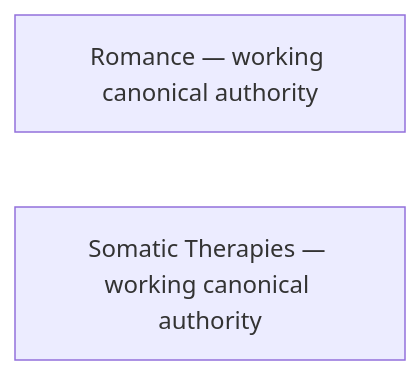
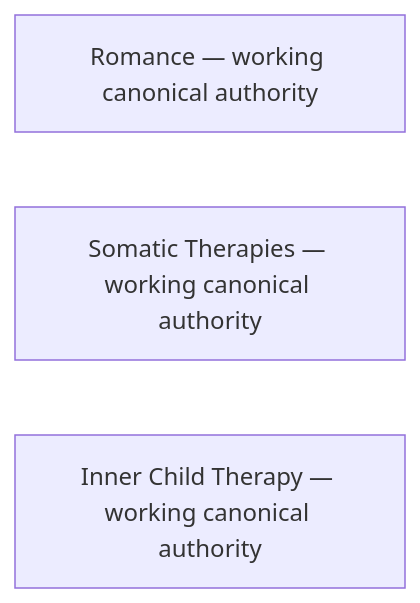
The diagram in ARTICLE-META-MAP.md (u-dont-existDOTcom/joel-articles), drawn with Mermaid before and after one commit. The commit also changed other lines of this file and 477 other files, not shown here.

First line of the commit message:
Register Inner Child Therapy from updated Substack source

````diff
--- a/ARTICLE-META-MAP.md
+++ b/ARTICLE-META-MAP.md
@@ -8,5 +9,6 @@
 ```mermaid
 flowchart LR
     romance["Romance — working canonical authority"]
     somatic["Somatic Therapies — working canonical authority"]
+    innerchild["Inner Child Therapy — working canonical authority"]
 ```
````
